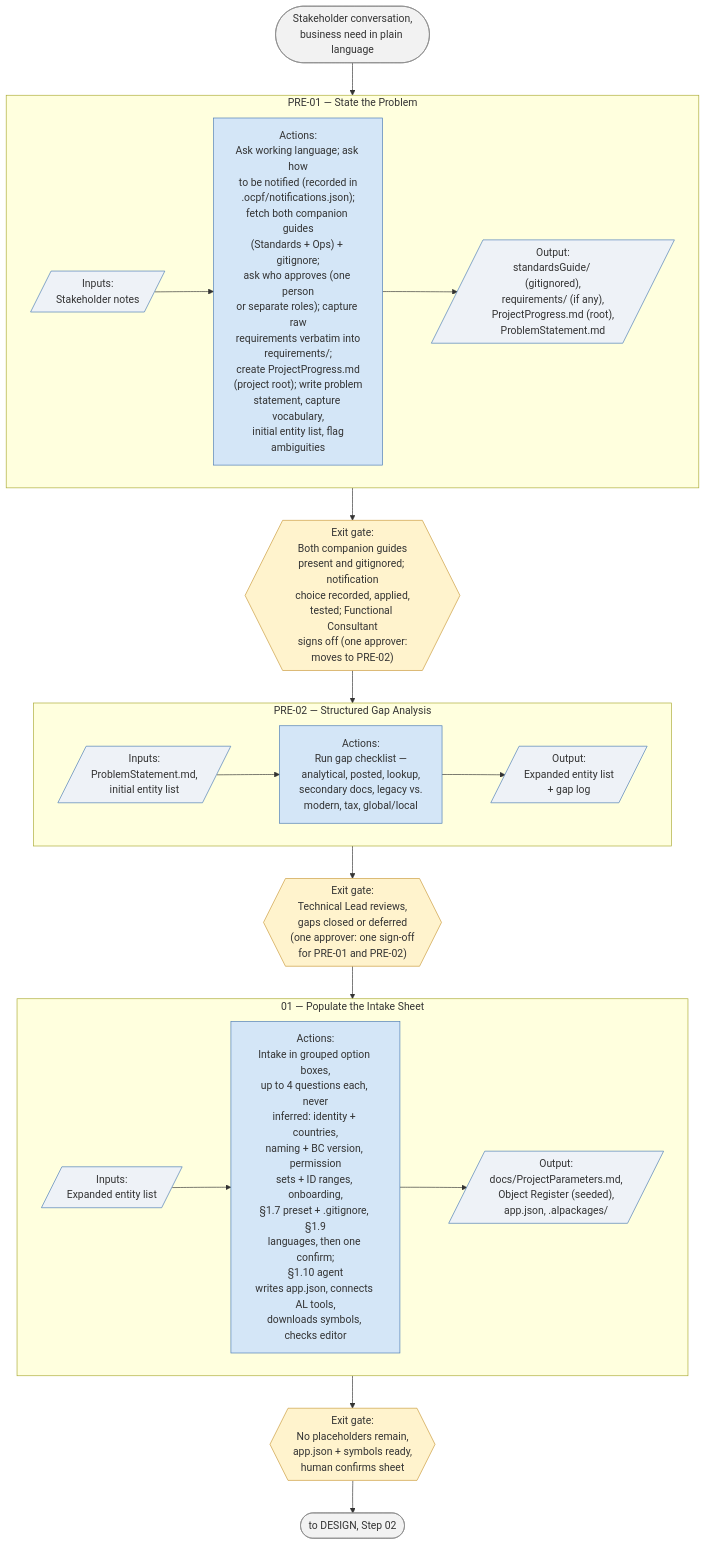
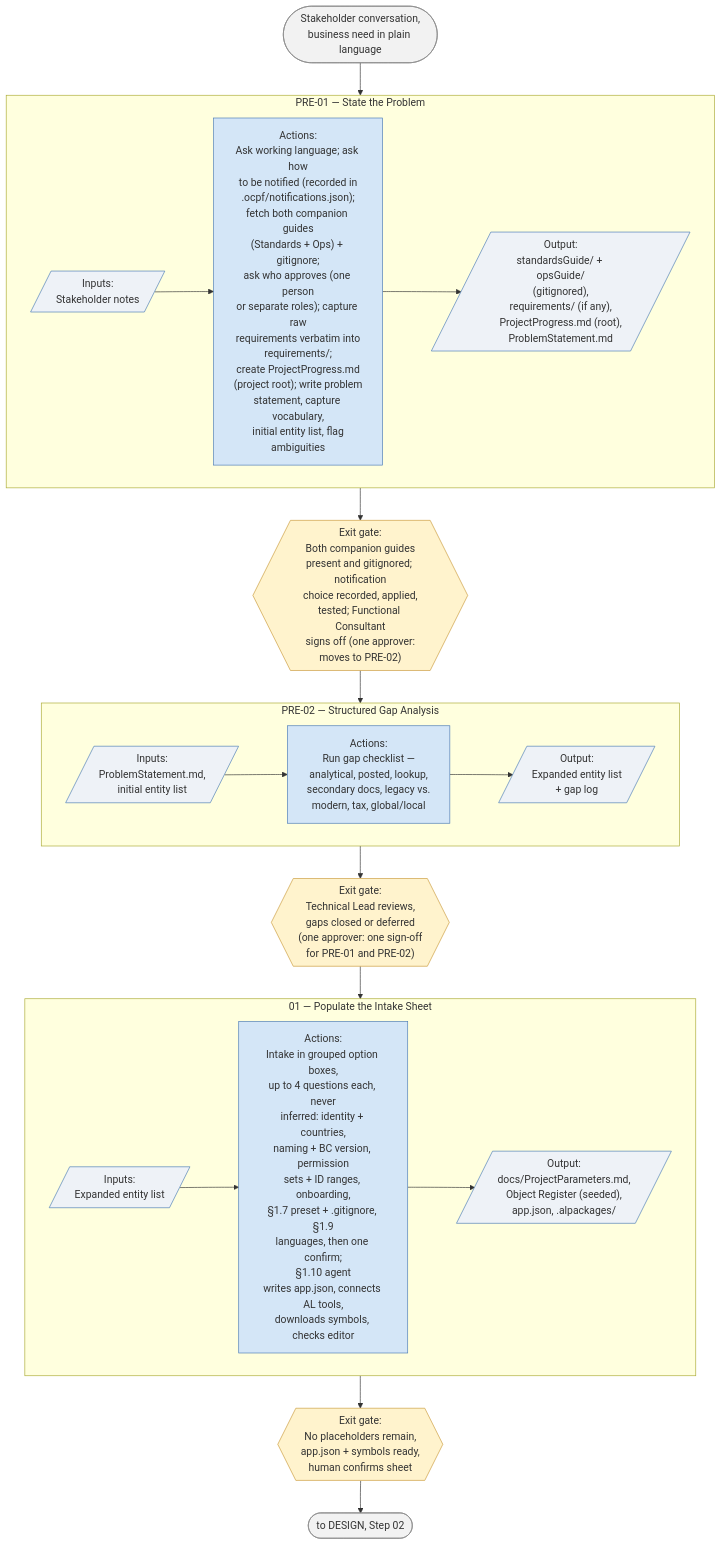
Before and after one commit to ajansari/ocpfBcAgenticDevFramework: the third of 8 diagrams in fullVersion/RunbookSchematics.md, drawn with Mermaid. The commit also changed 18 other files, not shown here.

First line of the commit message:
Ops split: fixes from review — skill and documents-mode pointers, fetch order, restored Lite scoping

````diff
--- a/fullVersion/RunbookSchematics.md
+++ b/fullVersion/RunbookSchematics.md
@@ -126,35 +126,35 @@
 ```mermaid
 flowchart TD
     Start(["Stakeholder conversation,<br/>business need in plain language"]) --> PRE01
 
     subgraph PRE01["PRE-01 — State the Problem"]
         direction LR
-        In1[/"Inputs:<br/>Stakeholder notes"/] --> Act1["Actions:<br/>Ask working language; ask how<br/>to be notified (recorded in<br/>.ocpf/notifications.json);<br/>fetch both companion guides<br/>(Standards + Ops) + gitignore;<br/>ask who approves (one person<br/>or separate roles); capture raw<br/>requirements verbatim into<br/>requirements/;<br/>create ProjectProgress.md<br/>(project root); write problem<br/>statement, capture vocabulary,<br/>initial entity list, flag<br/>ambiguities"] --> Out1[/"Output:<br/>standardsGuide/ (gitignored),<br/>requirements/ (if any),<br/>ProjectProgress.md (root),<br/>ProblemStatement.md"/]
+        In1[/"Inputs:<br/>Stakeholder notes"/] --> Act1["Actions:<br/>Ask working language; ask how<br/>to be notified (recorded in<br/>.ocpf/notifications.json);<br/>fetch both companion guides<br/>(Standards + Ops) + gitignore;<br/>ask who approves (one person<br/>or separate roles); capture raw<br/>requirements verbatim into<br/>requirements/;<br/>create ProjectProgress.md<br/>(project root); write problem<br/>statement, capture vocabulary,<br/>initial entity list, flag<br/>ambiguities"] --> Out1[/"Output:<br/>standardsGuide/ + opsGuide/<br/>(gitignored),<br/>requirements/ (if any),<br/>ProjectProgress.md (root),<br/>ProblemStatement.md"/]
     end
     PRE01 --> Gate1{{"Exit gate:<br/>Both companion guides<br/>present and gitignored; notification<br/>choice recorded, applied,<br/>tested; Functional Consultant<br/>signs off (one approver:<br/>moves to PRE-02)"}}
 
     Gate1 --> PRE02
     subgraph PRE02["PRE-02 — Structured Gap Analysis"]
         direction LR
         In2[/"Inputs:<br/>ProblemStatement.md,<br/>initial entity list"/] --> Act2["Actions:<br/>Run gap checklist —<br/>analytical, posted, lookup,<br/>secondary docs, legacy vs.<br/>modern, tax, global/local"] --> Out2[/"Output:<br/>Expanded entity list<br/>+ gap log"/]
     end
     PRE02 --> Gate2{{"Exit gate:<br/>Technical Lead reviews,<br/>gaps closed or deferred<br/>(one approver: one sign-off<br/>for PRE-01 and PRE-02)"}}
 
     Gate2 --> S01
     subgraph S01["01 — Populate the Intake Sheet"]
         direction LR
         In3[/"Inputs:<br/>Expanded entity list"/] --> Act3["Actions:<br/>Intake in grouped option boxes,<br/>up to 4 questions each, never<br/>inferred: identity + countries,<br/>naming + BC version, permission<br/>sets + ID ranges, onboarding,<br/>§1.7 preset + .gitignore, §1.9<br/>languages, then one confirm;<br/>§1.10 agent<br/>writes app.json, connects AL tools,<br/>downloads symbols, checks editor"] --> Out3[/"Output:<br/>docs/ProjectParameters.md,<br/>Object Register (seeded),<br/>app.json, .alpackages/"/]
     end
     S01 --> Gate3{{"Exit gate:<br/>No placeholders remain,<br/>app.json + symbols ready,<br/>human confirms sheet"}}
 
     Gate3 --> Next(["to DESIGN, Step 02"])
 
     classDef io fill:#eef2f7,stroke:#4a7ab5,stroke-width:1px;
     classDef act fill:#d4e6f7,stroke:#4a7ab5,stroke-width:1px;
     classDef gate fill:#fff3cd,stroke:#c99a3a,stroke-width:1px;
     classDef endpoint fill:#f2f2f2,stroke:#888,stroke-width:1px;
     class In1,Out1,In2,Out2,In3,Out3 io;
     class Act1,Act2,Act3 act;
     class Gate1,Gate2,Gate3 gate;
     class Start,Next endpoint;
 ```
````
